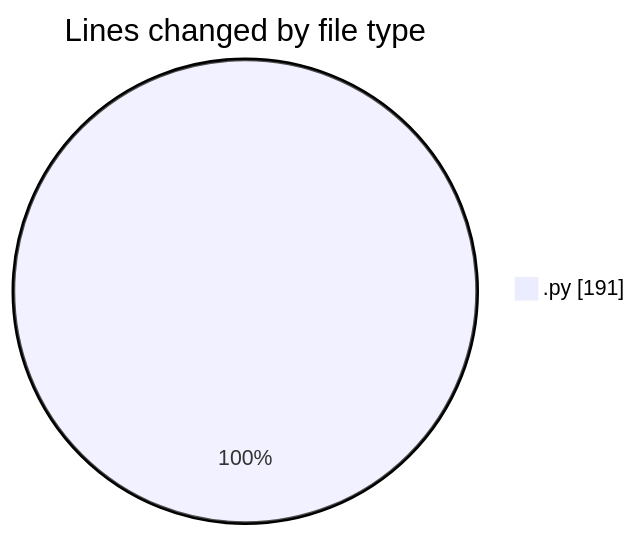
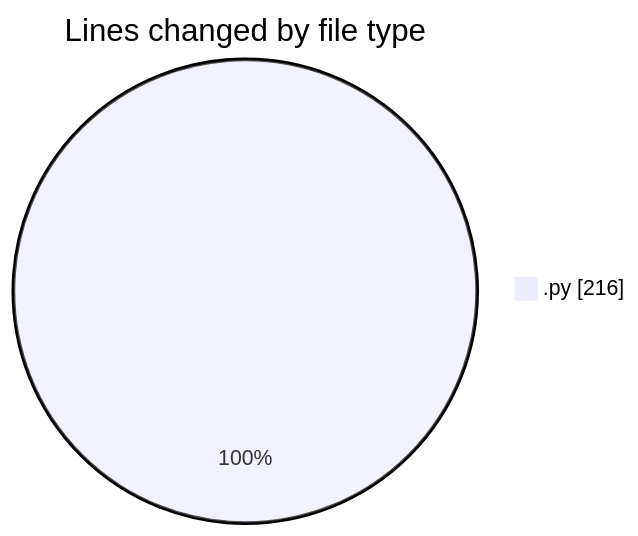
Before and after one commit to MatusMokan/code-tracking: the first of 2 diagrams in 2025-02-27/myws__workspace_/README.md, drawn with Mermaid. The commit also changed other lines of this file and 1 other file, not shown here.

````diff
--- a/2025-02-27/myws__workspace_/README.md
+++ b/2025-02-27/myws__workspace_/README.md
@@ -20,5 +20,5 @@
 ```mermaid
 pie showData
 title Lines changed by file type
-".py" : 191
+".py" : 216
 ```
````
